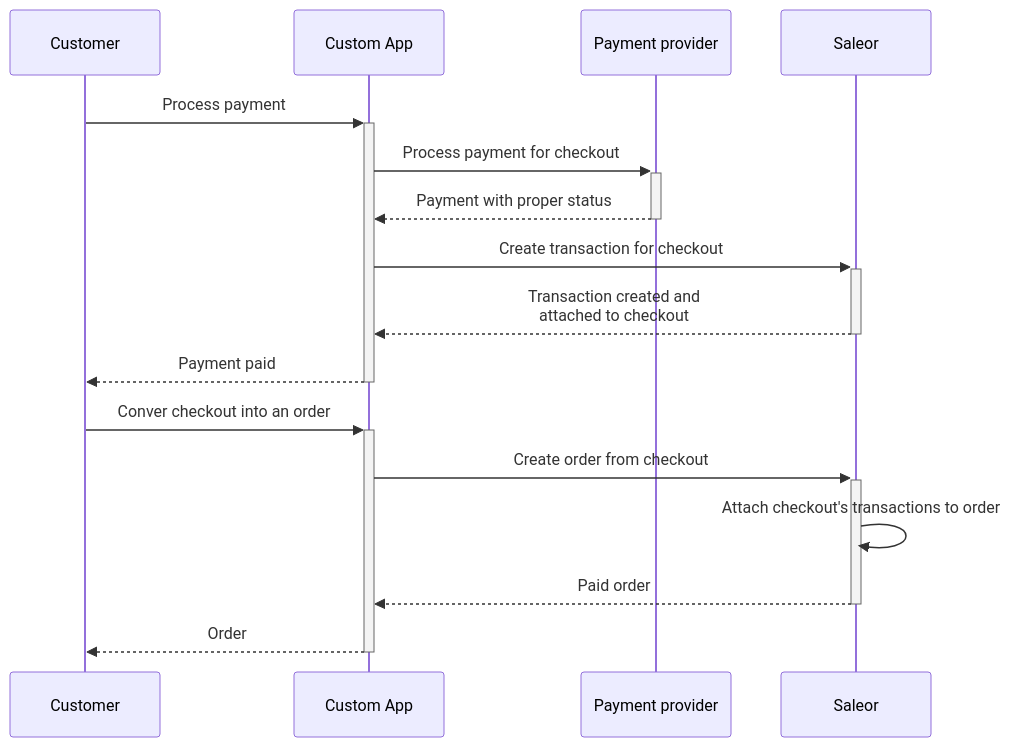
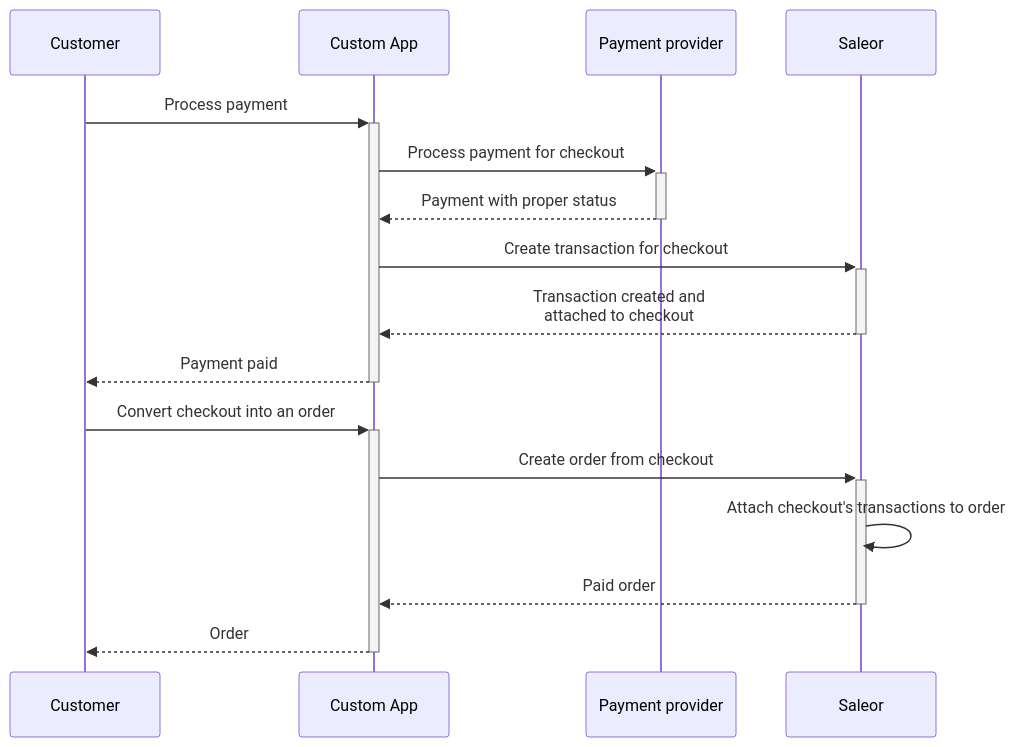
One commit to saleor/saleor-docs changed the second of 3 diagrams in docs/developer/checkout/cookbook.mdx. Above: the diagram before and after it, drawn with Mermaid. The commit also changed other lines of this file, not shown here.

````diff
--- a/docs/developer/checkout/cookbook.mdx
+++ b/docs/developer/checkout/cookbook.mdx
@@ -40,14 +42,14 @@
 ```mermaid
 sequenceDiagram
     Customer ->>+ Custom App: Process payment
     Custom App ->>+ Payment provider: Process payment for checkout
     Payment provider -->>- Custom App: Payment with proper status
     Custom App ->>+ Saleor: Create transaction for checkout
     Saleor -->>- Custom App: Transaction created and <br>attached to checkout
     Custom App -->>- Customer: Payment paid
-    Customer->>+Custom App: Conver checkout into an order
+    Customer->>+Custom App: Convert checkout into an order
     Custom App ->>+ Saleor: Create order from checkout
     Saleor ->> Saleor: Attach checkout's transactions to order
     Saleor -->>- Custom App: Paid order
     Custom App-->>-Customer: Order
 ```
````
